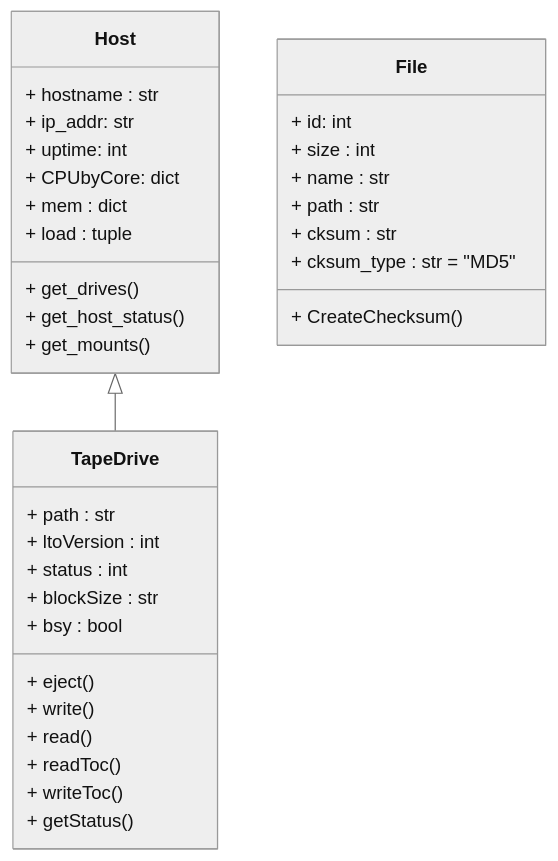
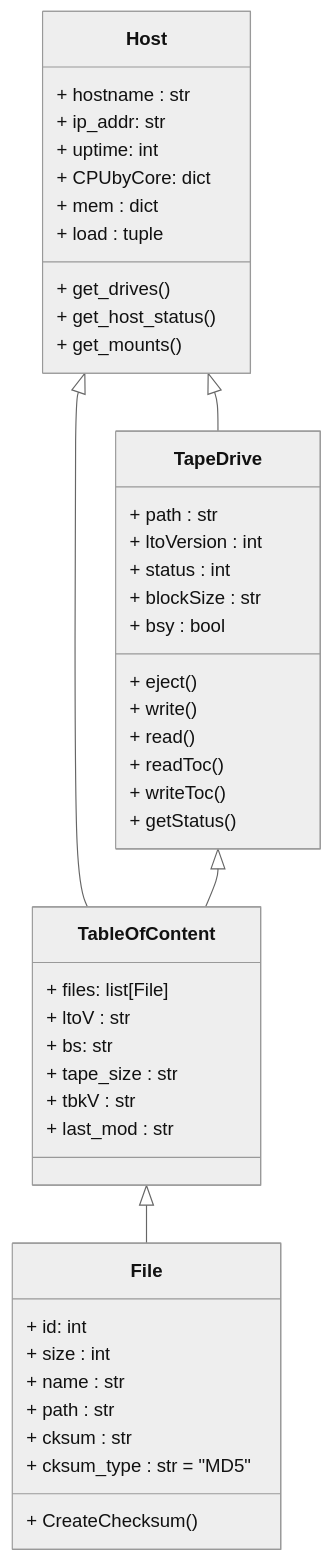
One commit to RPi2User/rutbs4 changed the diagram in docs/classDiagram.md. Above: the diagram before and after it, drawn with Mermaid (neutral theme). The commit also changed 3 other files, not shown here.

````diff
--- a/docs/classDiagram.md
+++ b/docs/classDiagram.md
@@ -1,45 +1,58 @@
 ```mermaid
 classDiagram
 
+
 Host <|-- TapeDrive
+Host <|-- TableOfContent
+TapeDrive <|-- TableOfContent
+TableOfContent <|-- File
 
 class Host{
     + hostname : str
     + ip_addr: str
     + uptime: int
     + CPUbyCore: dict
     + mem : dict
     + load : tuple
 
     + get_drives()
     + get_host_status()
     + get_mounts()
 }
 
 class TapeDrive{
     + path : str
     + ltoVersion : int
     + status : int
     + blockSize : str
     + bsy : bool
 
     + eject()
     + write()
     + read()
     + readToc()
     + writeToc()
     + getStatus()
 }
 
+class TableOfContent{
+    + files: list[File]
+    + ltoV : str
+    + bs: str
+    + tape_size : str
+    + tbkV : str
+    + last_mod : str
+}
+
 class File{
     + id: int
     + size : int
     + name : str
     + path : str
     + cksum : str
     + cksum_type : str = "MD5"
 
     + CreateChecksum()
 }
 
 ```
````
